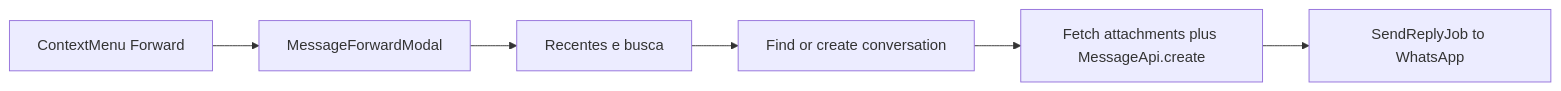
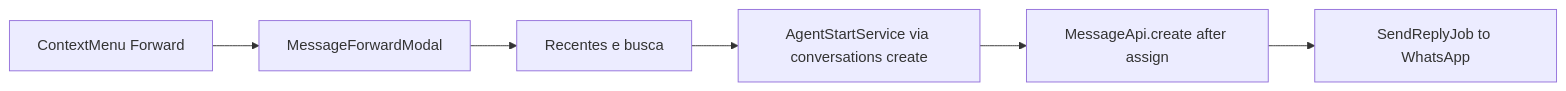
The diagram in doc/feature/message-forward/README.md (cesar-carlos/chatwoot), drawn with Mermaid before and after one commit. The commit also changed other lines of this file and 13 other files, not shown here.

First line of the commit message:
feat(fork): prepare message forward through AgentStart and reuse WhatsApp contact inboxes

````diff
--- a/doc/feature/message-forward/README.md
+++ b/doc/feature/message-forward/README.md
@@ -49,8 +49,8 @@
 ```mermaid
 flowchart LR
   Menu[ContextMenu Forward] --> Modal[MessageForwardModal]
   Modal --> Pick[Recentes e busca]
-  Pick --> Resolve[Find or create conversation]
-  Resolve --> Clone[Fetch attachments plus MessageApi.create]
+  Pick --> Resolve[AgentStartService via conversations create]
+  Resolve --> Clone[MessageApi.create after assign]
   Clone --> Outbound[SendReplyJob to WhatsApp]
 ```
````
